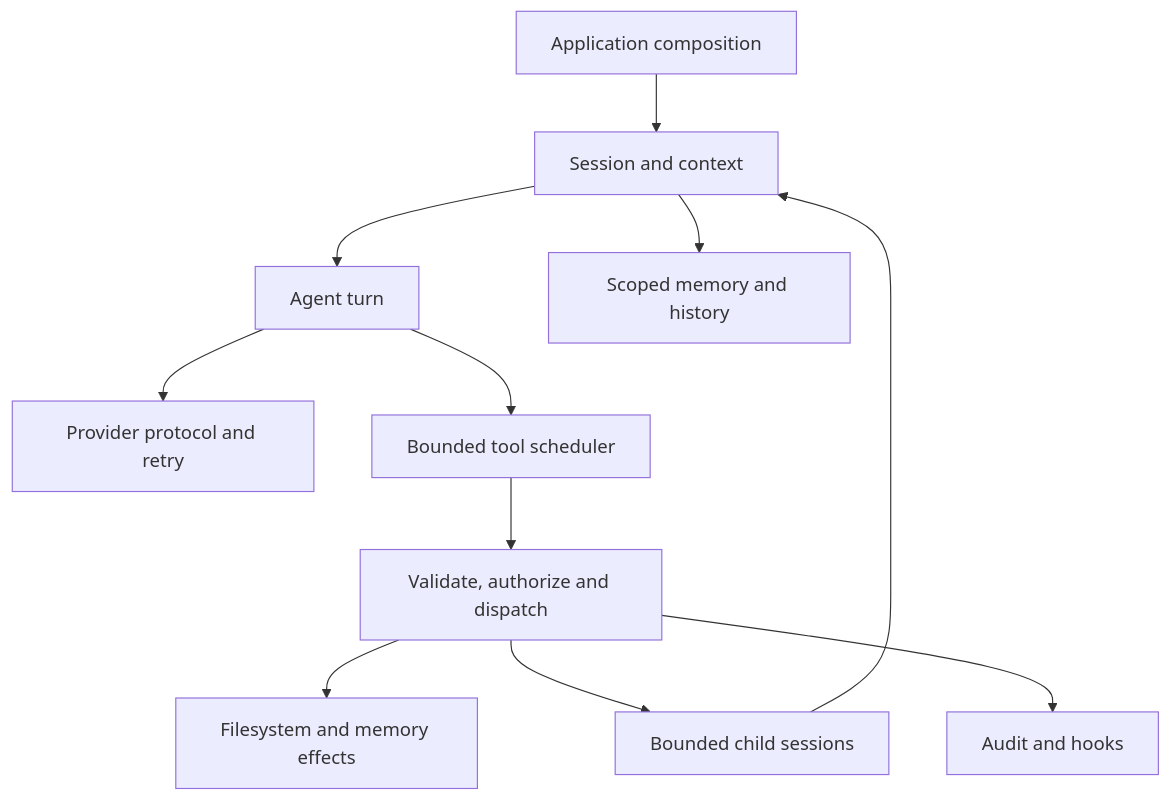
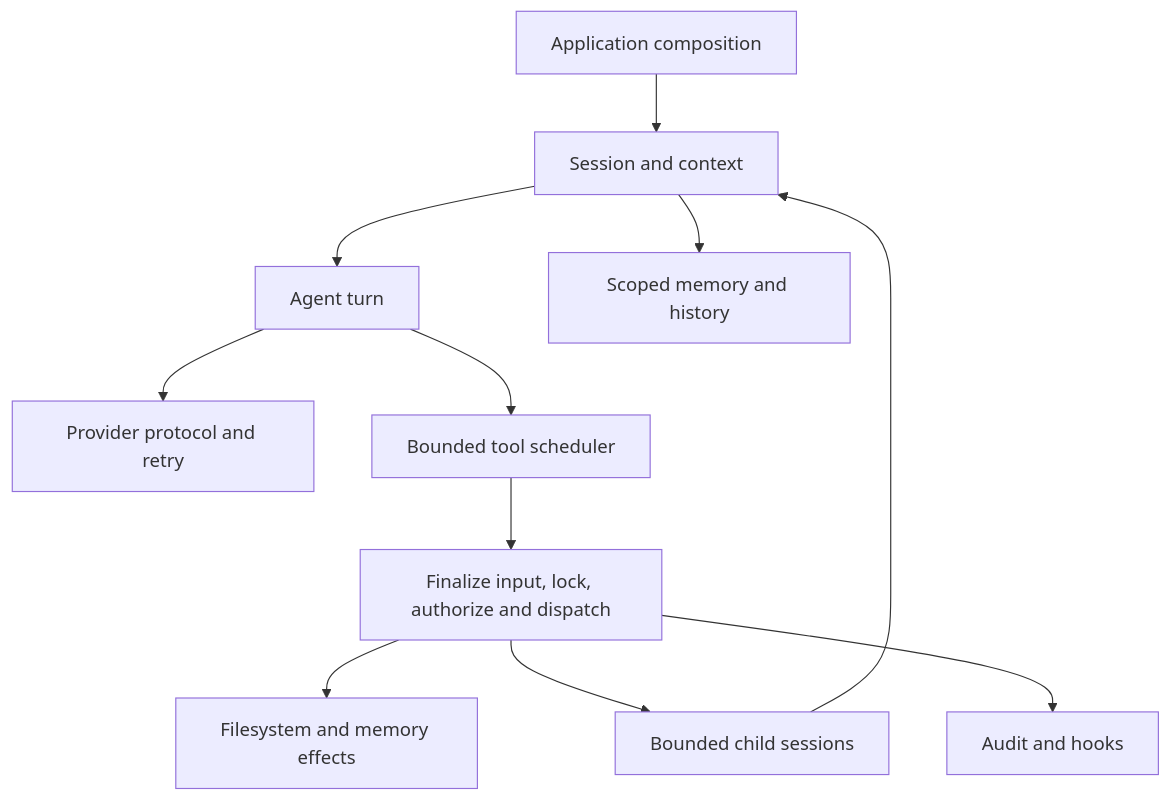
One commit to huxint/orangutan-agent changed the diagram in docs/ARCHITECTURE.md. Above: the diagram before and after it, drawn with Mermaid. The commit also changed other lines of this file and 18 other files, not shown here.

````diff
--- a/docs/ARCHITECTURE.md
+++ b/docs/ARCHITECTURE.md
@@ -22,13 +22,13 @@
 ```mermaid
 flowchart TD
   app[Application composition] --> session[Session and context]
   session --> loop[Agent turn]
   session --> memory[Scoped memory and history]
   loop --> provider[Provider protocol and retry]
   loop --> scheduler[Bounded tool scheduler]
-  scheduler --> dispatch[Validate, authorize and dispatch]
+  scheduler --> dispatch[Finalize input, lock, authorize and dispatch]
   dispatch --> effects[Filesystem and memory effects]
   dispatch --> children[Bounded child sessions]
   children --> session
   dispatch --> audit[Audit and hooks]
 ```
````
